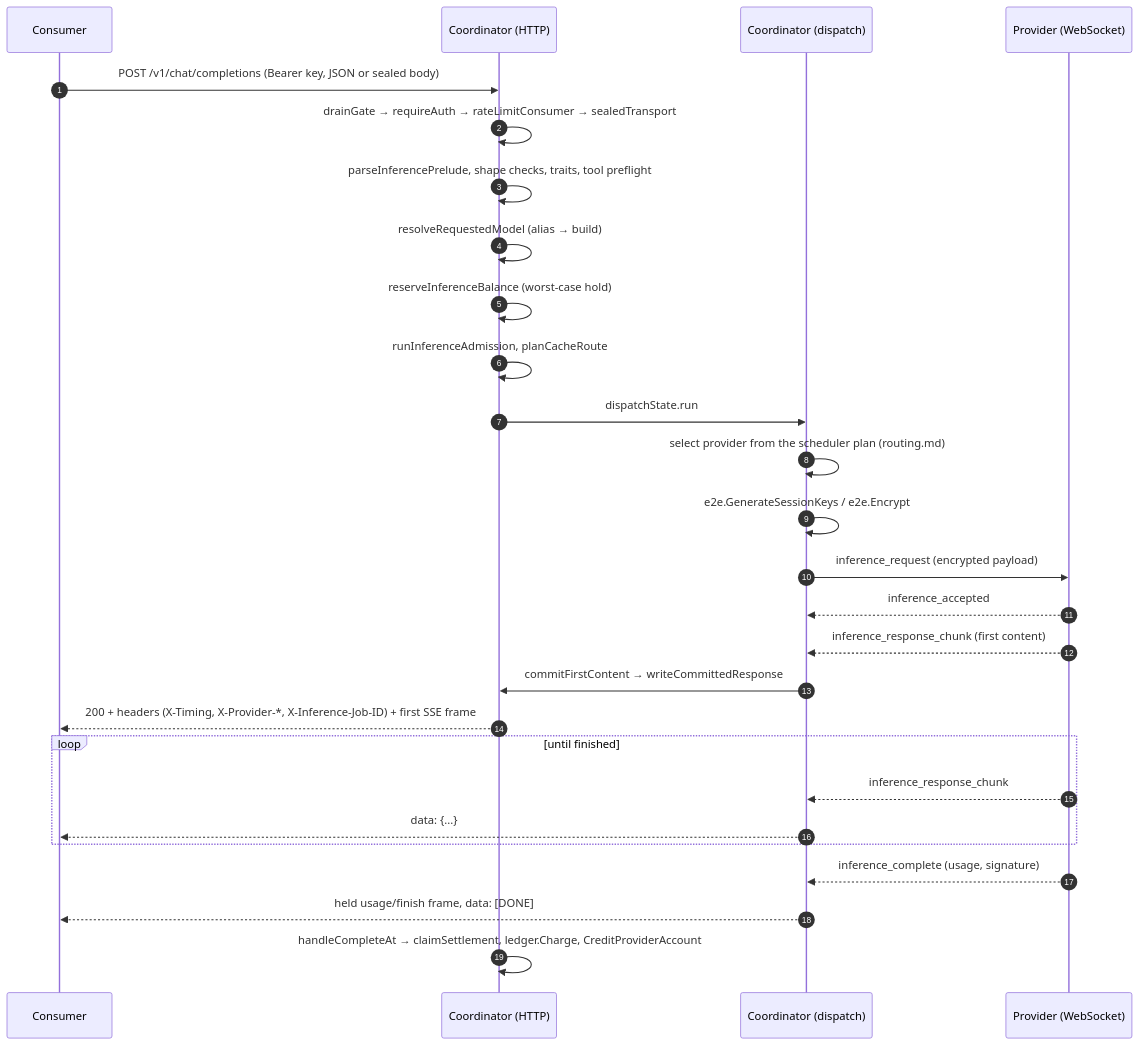
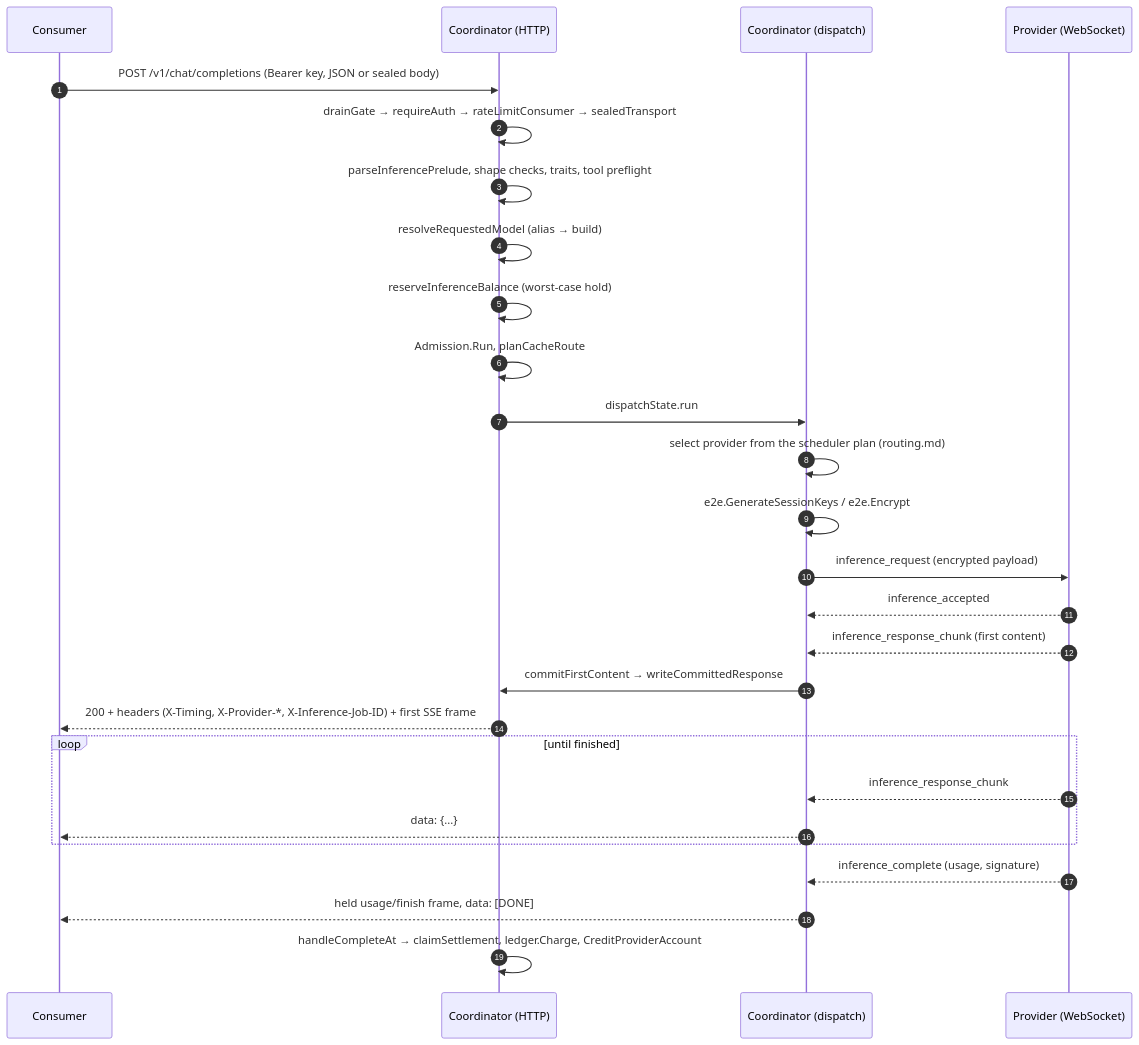
The diagram in docs/architecture/data-flow.md (Layr-Labs/d-inference), drawn with Mermaid before and after one commit. The commit also changed other lines of this file and 3847 other files, not shown here.

````diff
--- a/docs/architecture/data-flow.md
+++ b/docs/architecture/data-flow.md
@@ -15,30 +15,30 @@
 ```mermaid
 sequenceDiagram
     autonumber
     participant C as Consumer
     participant K as Coordinator (HTTP)
     participant D as Coordinator (dispatch)
     participant P as Provider (WebSocket)
 
     C->>K: POST /v1/chat/completions (Bearer key, JSON or sealed body)
     K->>K: drainGate → requireAuth → rateLimitConsumer → sealedTransport
     K->>K: parseInferencePrelude, shape checks, traits, tool preflight
     K->>K: resolveRequestedModel (alias → build)
     K->>K: reserveInferenceBalance (worst-case hold)
-    K->>K: runInferenceAdmission, planCacheRoute
+    K->>K: Admission.Run, planCacheRoute
     K->>D: dispatchState.run
     D->>D: select provider from the scheduler plan (routing.md)
     D->>D: e2e.GenerateSessionKeys / e2e.Encrypt
     D->>P: inference_request (encrypted payload)
     P-->>D: inference_accepted
     P-->>D: inference_response_chunk (first content)
     D->>K: commitFirstContent → writeCommittedResponse
     K-->>C: 200 + headers (X-Timing, X-Provider-*, X-Inference-Job-ID) + first SSE frame
     loop until finished
         P-->>D: inference_response_chunk
         D-->>C: data: {...}
     end
     P-->>D: inference_complete (usage, signature)
     D-->>C: held usage/finish frame, data: [DONE]
     K->>K: handleCompleteAt → claimSettlement, ledger.Charge, CreditProviderAccount
 ```
````
